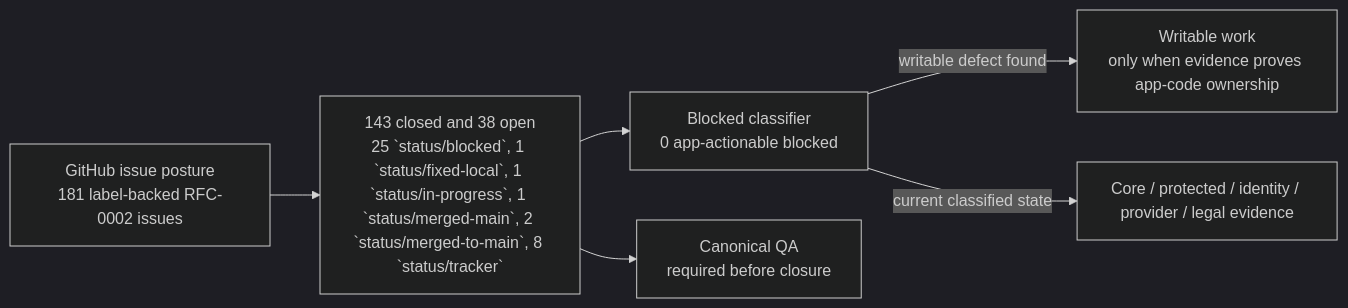
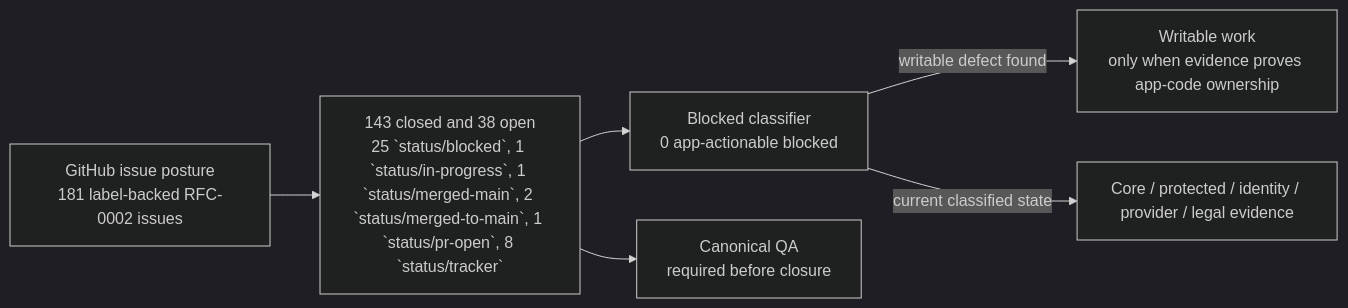
One commit to sgajbi/lotus-idea changed the first of 2 diagrams in wiki/RFC-0002-Execution-Status.md. Above: the diagram before and after it, drawn with Mermaid (dark theme). The commit also changed other lines of this file and 9 other files, not shown here.

````diff
--- a/wiki/RFC-0002-Execution-Status.md
+++ b/wiki/RFC-0002-Execution-Status.md
@@ -39,15 +39,15 @@
 ```mermaid
 flowchart LR
     Issues["GitHub issue posture<br/>181 label-backed RFC-0002 issues"]
-    Open["143 closed and 38 open<br/>25 `status/blocked`, 1 `status/fixed-local`, 1 `status/in-progress`, 1 `status/merged-main`, 2 `status/merged-to-main`, 8 `status/tracker`"]
+    Open["143 closed and 38 open<br/>25 `status/blocked`, 1 `status/in-progress`, 1 `status/merged-main`, 2 `status/merged-to-main`, 1 `status/pr-open`, 8 `status/tracker`"]
     Blocked["Blocked classifier<br/>0 app-actionable blocked"]
     Work["Writable work<br/>only when evidence proves app-code ownership"]
     External["Core / protected / identity / provider / legal evidence"]
     QA["Canonical QA<br/>required before closure"]
 
     Issues --> Open
     Open --> Blocked
     Blocked -->|"writable defect found"| Work
     Blocked -->|"current classified state"| External
     Open --> QA
 ```
````
